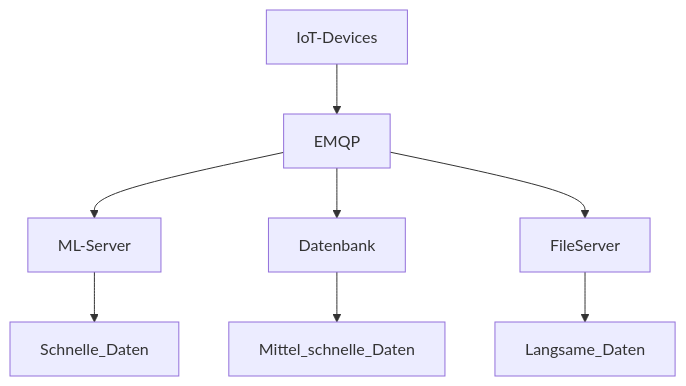
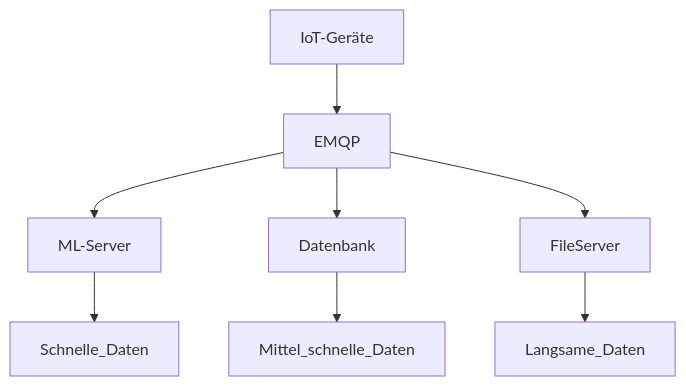
One commit to striker011/Projects changed the first of 2 diagrams in source/website/project_pages/kafka_simulation.md. Above: the diagram before and after it, drawn with Mermaid. The commit also changed other lines of this file and 1 other file, not shown here.

```diff
--- a/source/website/project_pages/kafka_simulation.md
+++ b/source/website/project_pages/kafka_simulation.md
@@ -9,10 +9,10 @@
 :::mermaid
 graph TD;
-    IoT-Devices-->EMQP
+    IoT-Geräte-->EMQP
     EMQP-->ML-Server
     EMQP-->Datenbank
     EMQP-->FileServer
     ML-Server-->Schnelle_Daten
     Datenbank-->Mittel_schnelle_Daten
     FileServer-->Langsame_Daten
 :::
```
